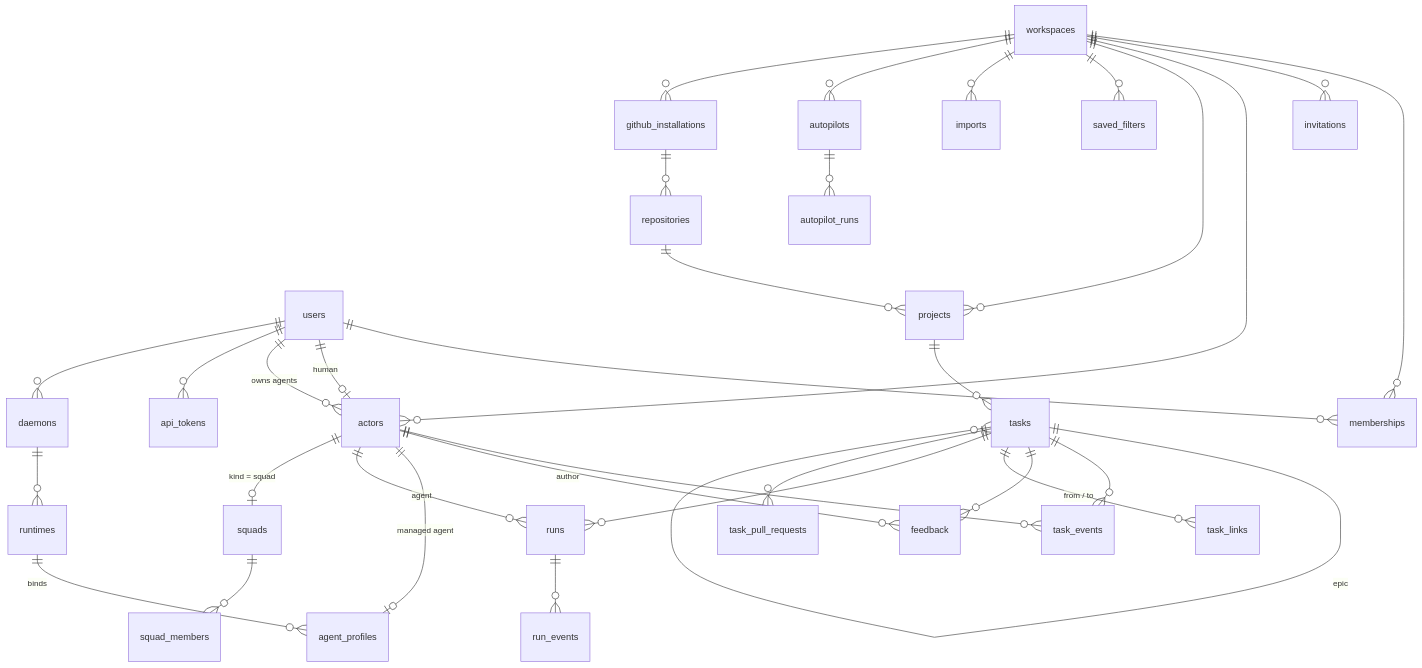
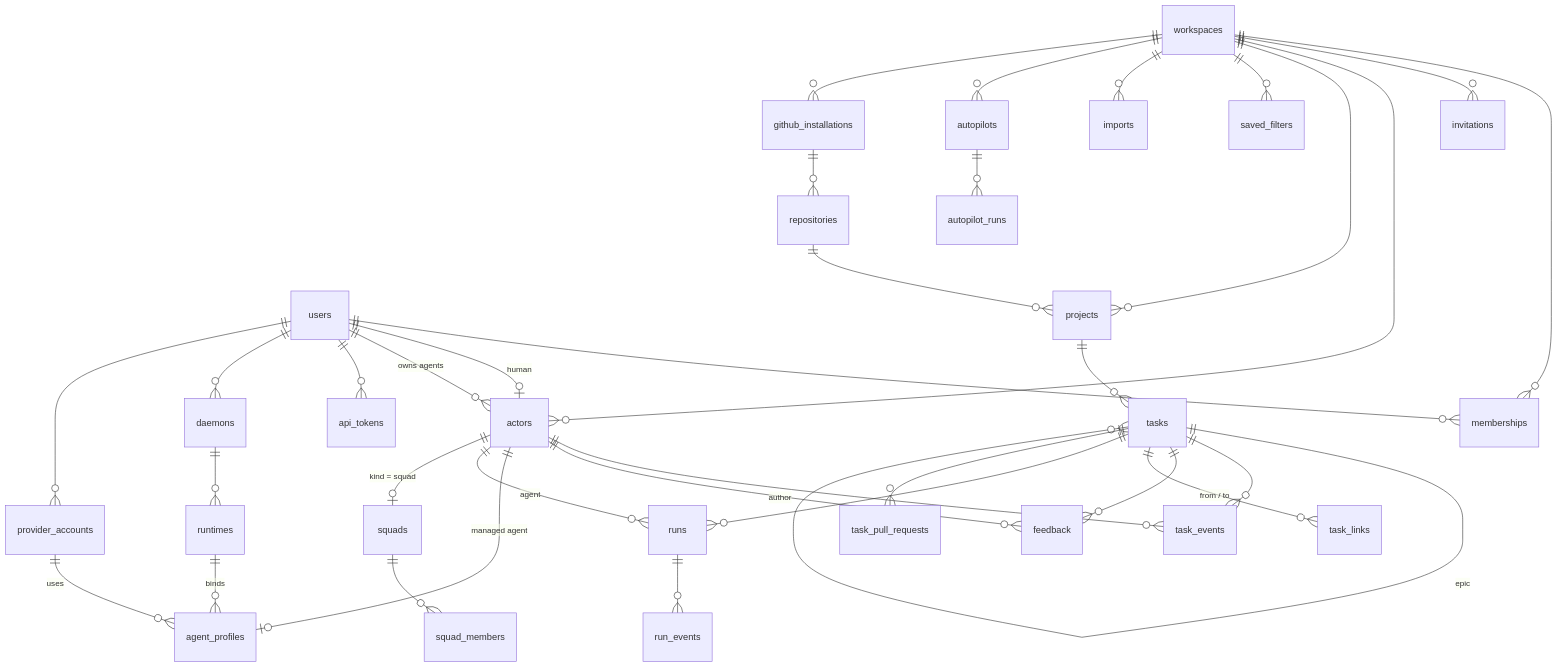
The diagram in designs/01-data-model.md (OkabeRintarou/helmsman-agents), drawn with Mermaid before and after one commit. The commit also changed other lines of this file and 9 other files, not shown here.

````diff
--- a/designs/01-data-model.md
+++ b/designs/01-data-model.md
@@ -7,35 +7,37 @@
 ```mermaid
 erDiagram
     users ||--o{ memberships : ""
     workspaces ||--o{ memberships : ""
     workspaces ||--o{ invitations : ""
     workspaces ||--o{ actors : ""
     users ||--o| actors : "human"
     users ||--o{ actors : "owns agents"
     users ||--o{ api_tokens : ""
     workspaces ||--o{ projects : ""
     projects ||--o{ tasks : ""
     tasks ||--o{ tasks : "epic"
     tasks ||--o{ task_events : ""
     tasks ||--o{ feedback : ""
     tasks ||--o{ task_links : "from / to"
     actors ||--o{ task_events : ""
     actors ||--o{ feedback : "author"
     workspaces ||--o{ saved_filters : ""
     workspaces ||--o{ imports : ""
     actors ||--o| agent_profiles : "managed agent"
     users ||--o{ daemons : ""
     daemons ||--o{ runtimes : ""
     runtimes ||--o{ agent_profiles : "binds"
+    users ||--o{ provider_accounts : ""
+    provider_accounts ||--o{ agent_profiles : "uses"
     tasks ||--o{ runs : ""
     actors ||--o{ runs : "agent"
     runs ||--o{ run_events : ""
     actors ||--o| squads : "kind = squad"
     squads ||--o{ squad_members : ""
     workspaces ||--o{ autopilots : ""
     autopilots ||--o{ autopilot_runs : ""
     workspaces ||--o{ github_installations : ""
     github_installations ||--o{ repositories : ""
     repositories ||--o{ projects : ""
     tasks ||--o{ task_pull_requests : ""
 ```
````
